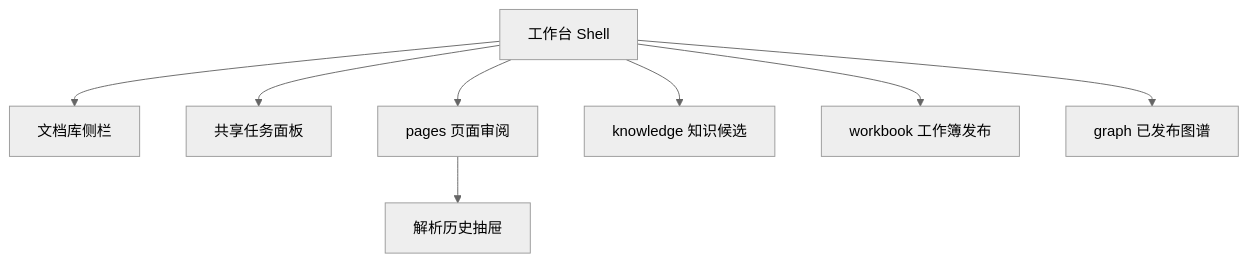
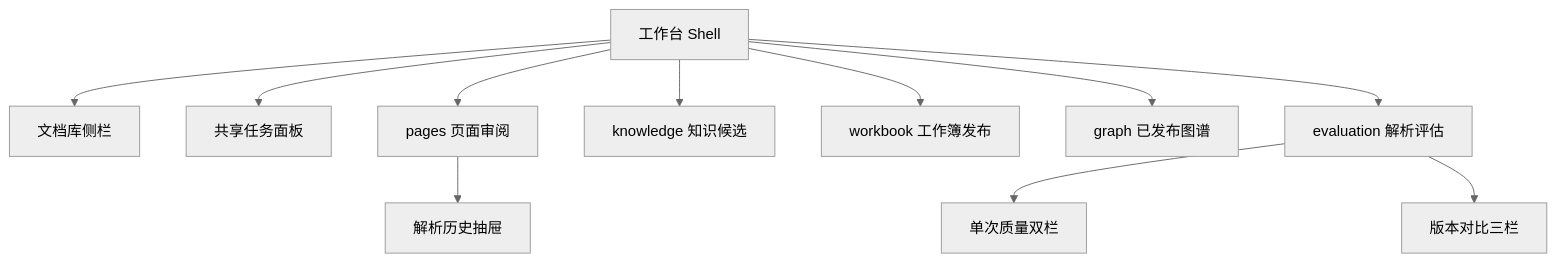
One commit to swfswf1234/Axiom-Flow changed the diagram in docs/design/web-workbench.md. Above: the diagram before and after it, drawn with Mermaid (neutral theme). The commit also changed other lines of this file and 185 other files, not shown here.

Commit message:
feat(evaluation): establish document assessment baseline

````diff
--- a/docs/design/web-workbench.md
+++ b/docs/design/web-workbench.md
@@ -12,19 +12,25 @@
 ```mermaid
 flowchart TD
     SHELL[工作台 Shell]
     LIBRARY[文档库侧栏]
     JOBS[共享任务面板]
     HISTORY[解析历史抽屉]
     PAGES[pages 页面审阅]
     KNOWLEDGE[knowledge 知识候选]
     WORKBOOK[workbook 工作簿发布]
     GRAPH[graph 已发布图谱]
+    EVALUATION[evaluation 解析评估]
+    ASSESSMENT[单次质量双栏]
+    COMPARISON[版本对比三栏]
 
     SHELL --> LIBRARY
     SHELL --> JOBS
     SHELL --> PAGES
     SHELL --> KNOWLEDGE
     SHELL --> WORKBOOK
     SHELL --> GRAPH
+    SHELL --> EVALUATION
+    EVALUATION --> ASSESSMENT
+    EVALUATION --> COMPARISON
     PAGES --> HISTORY
 ```
````
